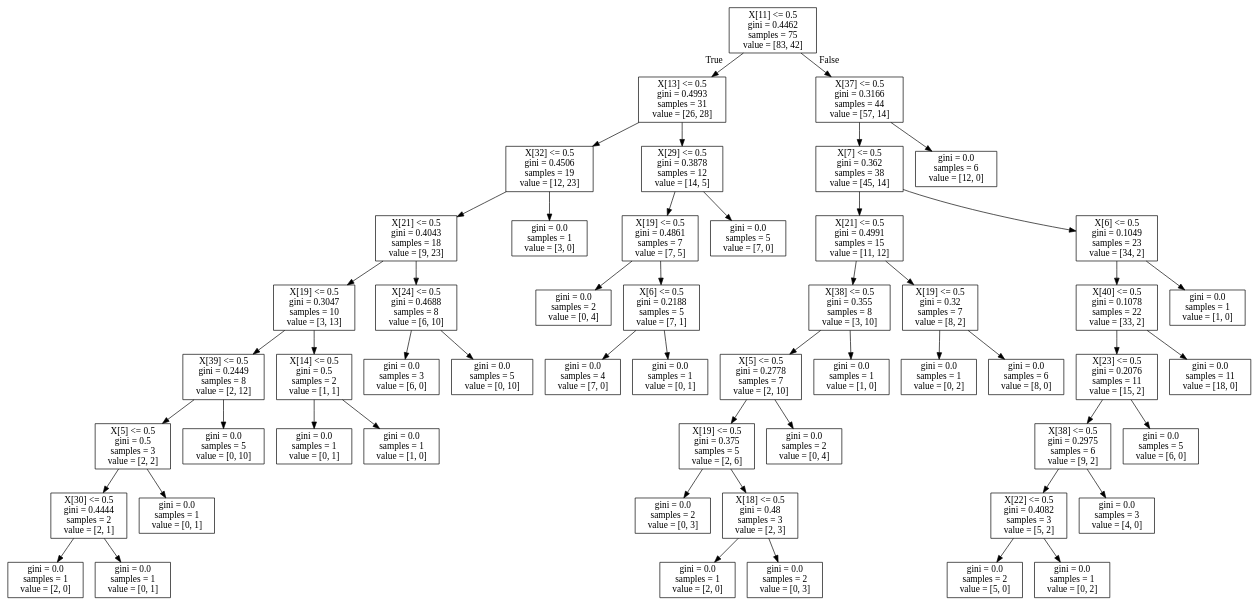
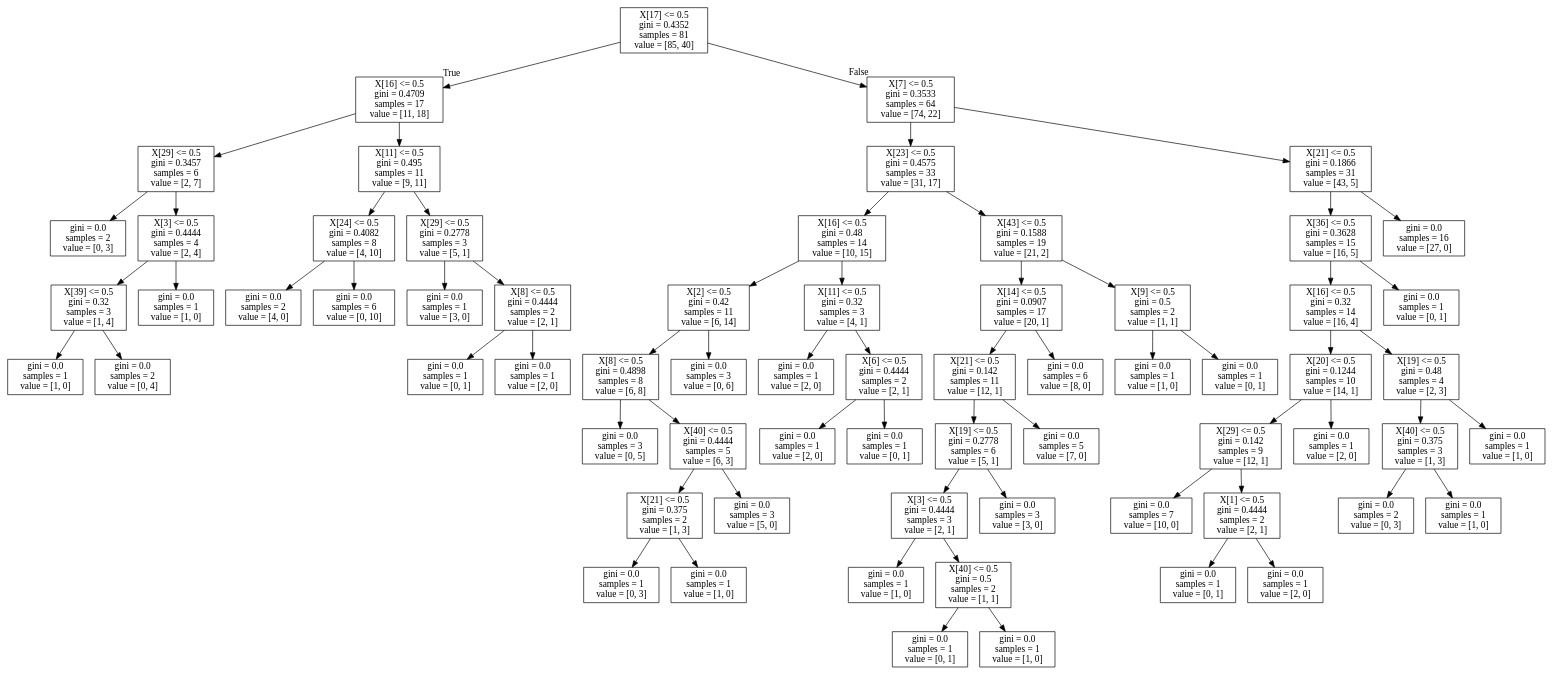
One commit to aaronfowles/elastography changed the diagram in tree9.dot. Above: the diagram before and after it, drawn with Graphviz. The commit also changed 11 other files, not shown here.

```diff
--- a/tree9.dot
+++ b/tree9.dot
@@ -1,108 +1,136 @@
 digraph Tree {
 node [shape=box] ;
-0 [label="X[11] <= 0.5\ngini = 0.4462\nsamples = 75\nvalue = [83, 42]"] ;
-1 [label="X[13] <= 0.5\ngini = 0.4993\nsamples = 31\nvalue = [26, 28]"] ;
+0 [label="X[17] <= 0.5\ngini = 0.4352\nsamples = 81\nvalue = [85, 40]"] ;
+1 [label="X[16] <= 0.5\ngini = 0.4709\nsamples = 17\nvalue = [11, 18]"] ;
 0 -> 1 [labeldistance=2.5, labelangle=45, headlabel="True"] ;
-2 [label="X[32] <= 0.5\ngini = 0.4506\nsamples = 19\nvalue = [12, 23]"] ;
+2 [label="X[29] <= 0.5\ngini = 0.3457\nsamples = 6\nvalue = [2, 7]"] ;
 1 -> 2 ;
-3 [label="X[21] <= 0.5\ngini = 0.4043\nsamples = 18\nvalue = [9, 23]"] ;
+3 [label="gini = 0.0\nsamples = 2\nvalue = [0, 3]"] ;
 2 -> 3 ;
-4 [label="X[19] <= 0.5\ngini = 0.3047\nsamples = 10\nvalue = [3, 13]"] ;
-3 -> 4 ;
-5 [label="X[39] <= 0.5\ngini = 0.2449\nsamples = 8\nvalue = [2, 12]"] ;
+4 [label="X[3] <= 0.5\ngini = 0.4444\nsamples = 4\nvalue = [2, 4]"] ;
+2 -> 4 ;
+5 [label="X[39] <= 0.5\ngini = 0.32\nsamples = 3\nvalue = [1, 4]"] ;
 4 -> 5 ;
-6 [label="X[5] <= 0.5\ngini = 0.5\nsamples = 3\nvalue = [2, 2]"] ;
+6 [label="gini = 0.0\nsamples = 1\nvalue = [1, 0]"] ;
 5 -> 6 ;
-7 [label="X[30] <= 0.5\ngini = 0.4444\nsamples = 2\nvalue = [2, 1]"] ;
-6 -> 7 ;
-8 [label="gini = 0.0\nsamples = 1\nvalue = [2, 0]"] ;
-7 -> 8 ;
-9 [label="gini = 0.0\nsamples = 1\nvalue = [0, 1]"] ;
-7 -> 9 ;
-10 [label="gini = 0.0\nsamples = 1\nvalue = [0, 1]"] ;
-6 -> 10 ;
-11 [label="gini = 0.0\nsamples = 5\nvalue = [0, 10]"] ;
-5 -> 11 ;
-12 [label="X[14] <= 0.5\ngini = 0.5\nsamples = 2\nvalue = [1, 1]"] ;
-4 -> 12 ;
-13 [label="gini = 0.0\nsamples = 1\nvalue = [0, 1]"] ;
-12 -> 13 ;
-14 [label="gini = 0.0\nsamples = 1\nvalue = [1, 0]"] ;
-12 -> 14 ;
-15 [label="X[24] <= 0.5\ngini = 0.4688\nsamples = 8\nvalue = [6, 10]"] ;
-3 -> 15 ;
-16 [label="gini = 0.0\nsamples = 3\nvalue = [6, 0]"] ;
+7 [label="gini = 0.0\nsamples = 2\nvalue = [0, 4]"] ;
+5 -> 7 ;
+8 [label="gini = 0.0\nsamples = 1\nvalue = [1, 0]"] ;
+4 -> 8 ;
+9 [label="X[11] <= 0.5\ngini = 0.495\nsamples = 11\nvalue = [9, 11]"] ;
+1 -> 9 ;
+10 [label="X[24] <= 0.5\ngini = 0.4082\nsamples = 8\nvalue = [4, 10]"] ;
+9 -> 10 ;
+11 [label="gini = 0.0\nsamples = 2\nvalue = [4, 0]"] ;
+10 -> 11 ;
+12 [label="gini = 0.0\nsamples = 6\nvalue = [0, 10]"] ;
+10 -> 12 ;
+13 [label="X[29] <= 0.5\ngini = 0.2778\nsamples = 3\nvalue = [5, 1]"] ;
+9 -> 13 ;
+14 [label="gini = 0.0\nsamples = 1\nvalue = [3, 0]"] ;
+13 -> 14 ;
+15 [label="X[8] <= 0.5\ngini = 0.4444\nsamples = 2\nvalue = [2, 1]"] ;
+13 -> 15 ;
+16 [label="gini = 0.0\nsamples = 1\nvalue = [0, 1]"] ;
 15 -> 16 ;
-17 [label="gini = 0.0\nsamples = 5\nvalue = [0, 10]"] ;
+17 [label="gini = 0.0\nsamples = 1\nvalue = [2, 0]"] ;
 15 -> 17 ;
-18 [label="gini = 0.0\nsamples = 1\nvalue = [3, 0]"] ;
-2 -> 18 ;
-19 [label="X[29] <= 0.5\ngini = 0.3878\nsamples = 12\nvalue = [14, 5]"] ;
-1 -> 19 ;
-20 [label="X[19] <= 0.5\ngini = 0.4861\nsamples = 7\nvalue = [7, 5]"] ;
+18 [label="X[7] <= 0.5\ngini = 0.3533\nsamples = 64\nvalue = [74, 22]"] ;
+0 -> 18 [labeldistance=2.5, labelangle=-45, headlabel="False"] ;
+19 [label="X[23] <= 0.5\ngini = 0.4575\nsamples = 33\nvalue = [31, 17]"] ;
+18 -> 19 ;
+20 [label="X[16] <= 0.5\ngini = 0.48\nsamples = 14\nvalue = [10, 15]"] ;
 19 -> 20 ;
-21 [label="gini = 0.0\nsamples = 2\nvalue = [0, 4]"] ;
+21 [label="X[2] <= 0.5\ngini = 0.42\nsamples = 11\nvalue = [6, 14]"] ;
 20 -> 21 ;
-22 [label="X[6] <= 0.5\ngini = 0.2188\nsamples = 5\nvalue = [7, 1]"] ;
-20 -> 22 ;
-23 [label="gini = 0.0\nsamples = 4\nvalue = [7, 0]"] ;
+22 [label="X[8] <= 0.5\ngini = 0.4898\nsamples = 8\nvalue = [6, 8]"] ;
+21 -> 22 ;
+23 [label="gini = 0.0\nsamples = 3\nvalue = [0, 5]"] ;
 22 -> 23 ;
-24 [label="gini = 0.0\nsamples = 1\nvalue = [0, 1]"] ;
+24 [label="X[40] <= 0.5\ngini = 0.4444\nsamples = 5\nvalue = [6, 3]"] ;
 22 -> 24 ;
-25 [label="gini = 0.0\nsamples = 5\nvalue = [7, 0]"] ;
-19 -> 25 ;
-26 [label="X[37] <= 0.5\ngini = 0.3166\nsamples = 44\nvalue = [57, 14]"] ;
-0 -> 26 [labeldistance=2.5, labelangle=-45, headlabel="False"] ;
-27 [label="X[7] <= 0.5\ngini = 0.362\nsamples = 38\nvalue = [45, 14]"] ;
-26 -> 27 ;
-28 [label="X[21] <= 0.5\ngini = 0.4991\nsamples = 15\nvalue = [11, 12]"] ;
-27 -> 28 ;
-29 [label="X[38] <= 0.5\ngini = 0.355\nsamples = 8\nvalue = [3, 10]"] ;
-28 -> 29 ;
-30 [label="X[5] <= 0.5\ngini = 0.2778\nsamples = 7\nvalue = [2, 10]"] ;
-29 -> 30 ;
-31 [label="X[19] <= 0.5\ngini = 0.375\nsamples = 5\nvalue = [2, 6]"] ;
+25 [label="X[21] <= 0.5\ngini = 0.375\nsamples = 2\nvalue = [1, 3]"] ;
+24 -> 25 ;
+26 [label="gini = 0.0\nsamples = 1\nvalue = [0, 3]"] ;
+25 -> 26 ;
+27 [label="gini = 0.0\nsamples = 1\nvalue = [1, 0]"] ;
+25 -> 27 ;
+28 [label="gini = 0.0\nsamples = 3\nvalue = [5, 0]"] ;
+24 -> 28 ;
+29 [label="gini = 0.0\nsamples = 3\nvalue = [0, 6]"] ;
+21 -> 29 ;
+30 [label="X[11] <= 0.5\ngini = 0.32\nsamples = 3\nvalue = [4, 1]"] ;
+20 -> 30 ;
+31 [label="gini = 0.0\nsamples = 1\nvalue = [2, 0]"] ;
 30 -> 31 ;
-32 [label="gini = 0.0\nsamples = 2\nvalue = [0, 3]"] ;
-31 -> 32 ;
-33 [label="X[18] <= 0.5\ngini = 0.48\nsamples = 3\nvalue = [2, 3]"] ;
-31 -> 33 ;
-34 [label="gini = 0.0\nsamples = 1\nvalue = [2, 0]"] ;
-33 -> 34 ;
-35 [label="gini = 0.0\nsamples = 2\nvalue = [0, 3]"] ;
-33 -> 35 ;
-36 [label="gini = 0.0\nsamples = 2\nvalue = [0, 4]"] ;
-30 -> 36 ;
-37 [label="gini = 0.0\nsamples = 1\nvalue = [1, 0]"] ;
-29 -> 37 ;
-38 [label="X[19] <= 0.5\ngini = 0.32\nsamples = 7\nvalue = [8, 2]"] ;
-28 -> 38 ;
-39 [label="gini = 0.0\nsamples = 1\nvalue = [0, 2]"] ;
+32 [label="X[6] <= 0.5\ngini = 0.4444\nsamples = 2\nvalue = [2, 1]"] ;
+30 -> 32 ;
+33 [label="gini = 0.0\nsamples = 1\nvalue = [2, 0]"] ;
+32 -> 33 ;
+34 [label="gini = 0.0\nsamples = 1\nvalue = [0, 1]"] ;
+32 -> 34 ;
+35 [label="X[43] <= 0.5\ngini = 0.1588\nsamples = 19\nvalue = [21, 2]"] ;
+19 -> 35 ;
+36 [label="X[14] <= 0.5\ngini = 0.0907\nsamples = 17\nvalue = [20, 1]"] ;
+35 -> 36 ;
+37 [label="X[21] <= 0.5\ngini = 0.142\nsamples = 11\nvalue = [12, 1]"] ;
+36 -> 37 ;
+38 [label="X[19] <= 0.5\ngini = 0.2778\nsamples = 6\nvalue = [5, 1]"] ;
+37 -> 38 ;
+39 [label="X[3] <= 0.5\ngini = 0.4444\nsamples = 3\nvalue = [2, 1]"] ;
 38 -> 39 ;
-40 [label="gini = 0.0\nsamples = 6\nvalue = [8, 0]"] ;
-38 -> 40 ;
-41 [label="X[6] <= 0.5\ngini = 0.1049\nsamples = 23\nvalue = [34, 2]"] ;
-27 -> 41 ;
-42 [label="X[40] <= 0.5\ngini = 0.1078\nsamples = 22\nvalue = [33, 2]"] ;
+40 [label="gini = 0.0\nsamples = 1\nvalue = [1, 0]"] ;
+39 -> 40 ;
+41 [label="X[40] <= 0.5\ngini = 0.5\nsamples = 2\nvalue = [1, 1]"] ;
+39 -> 41 ;
+42 [label="gini = 0.0\nsamples = 1\nvalue = [0, 1]"] ;
 41 -> 42 ;
-43 [label="X[23] <= 0.5\ngini = 0.2076\nsamples = 11\nvalue = [15, 2]"] ;
-42 -> 43 ;
-44 [label="X[38] <= 0.5\ngini = 0.2975\nsamples = 6\nvalue = [9, 2]"] ;
-43 -> 44 ;
-45 [label="X[22] <= 0.5\ngini = 0.4082\nsamples = 3\nvalue = [5, 2]"] ;
-44 -> 45 ;
-46 [label="gini = 0.0\nsamples = 2\nvalue = [5, 0]"] ;
-45 -> 46 ;
-47 [label="gini = 0.0\nsamples = 1\nvalue = [0, 2]"] ;
-45 -> 47 ;
-48 [label="gini = 0.0\nsamples = 3\nvalue = [4, 0]"] ;
-44 -> 48 ;
-49 [label="gini = 0.0\nsamples = 5\nvalue = [6, 0]"] ;
-43 -> 49 ;
-50 [label="gini = 0.0\nsamples = 11\nvalue = [18, 0]"] ;
-42 -> 50 ;
-51 [label="gini = 0.0\nsamples = 1\nvalue = [1, 0]"] ;
-41 -> 51 ;
-52 [label="gini = 0.0\nsamples = 6\nvalue = [12, 0]"] ;
-26 -> 52 ;
+43 [label="gini = 0.0\nsamples = 1\nvalue = [1, 0]"] ;
+41 -> 43 ;
+44 [label="gini = 0.0\nsamples = 3\nvalue = [3, 0]"] ;
+38 -> 44 ;
+45 [label="gini = 0.0\nsamples = 5\nvalue = [7, 0]"] ;
+37 -> 45 ;
+46 [label="gini = 0.0\nsamples = 6\nvalue = [8, 0]"] ;
+36 -> 46 ;
+47 [label="X[9] <= 0.5\ngini = 0.5\nsamples = 2\nvalue = [1, 1]"] ;
+35 -> 47 ;
+48 [label="gini = 0.0\nsamples = 1\nvalue = [1, 0]"] ;
+47 -> 48 ;
+49 [label="gini = 0.0\nsamples = 1\nvalue = [0, 1]"] ;
+47 -> 49 ;
+50 [label="X[21] <= 0.5\ngini = 0.1866\nsamples = 31\nvalue = [43, 5]"] ;
+18 -> 50 ;
+51 [label="X[36] <= 0.5\ngini = 0.3628\nsamples = 15\nvalue = [16, 5]"] ;
+50 -> 51 ;
+52 [label="X[16] <= 0.5\ngini = 0.32\nsamples = 14\nvalue = [16, 4]"] ;
+51 -> 52 ;
+53 [label="X[20] <= 0.5\ngini = 0.1244\nsamples = 10\nvalue = [14, 1]"] ;
+52 -> 53 ;
+54 [label="X[29] <= 0.5\ngini = 0.142\nsamples = 9\nvalue = [12, 1]"] ;
+53 -> 54 ;
+55 [label="gini = 0.0\nsamples = 7\nvalue = [10, 0]"] ;
+54 -> 55 ;
+56 [label="X[1] <= 0.5\ngini = 0.4444\nsamples = 2\nvalue = [2, 1]"] ;
+54 -> 56 ;
+57 [label="gini = 0.0\nsamples = 1\nvalue = [0, 1]"] ;
+56 -> 57 ;
+58 [label="gini = 0.0\nsamples = 1\nvalue = [2, 0]"] ;
+56 -> 58 ;
+59 [label="gini = 0.0\nsamples = 1\nvalue = [2, 0]"] ;
+53 -> 59 ;
+60 [label="X[19] <= 0.5\ngini = 0.48\nsamples = 4\nvalue = [2, 3]"] ;
+52 -> 60 ;
+61 [label="X[40] <= 0.5\ngini = 0.375\nsamples = 3\nvalue = [1, 3]"] ;
+60 -> 61 ;
+62 [label="gini = 0.0\nsamples = 2\nvalue = [0, 3]"] ;
+61 -> 62 ;
+63 [label="gini = 0.0\nsamples = 1\nvalue = [1, 0]"] ;
+61 -> 63 ;
+64 [label="gini = 0.0\nsamples = 1\nvalue = [1, 0]"] ;
+60 -> 64 ;
+65 [label="gini = 0.0\nsamples = 1\nvalue = [0, 1]"] ;
+51 -> 65 ;
+66 [label="gini = 0.0\nsamples = 16\nvalue = [27, 0]"] ;
+50 -> 66 ;
 }
```
